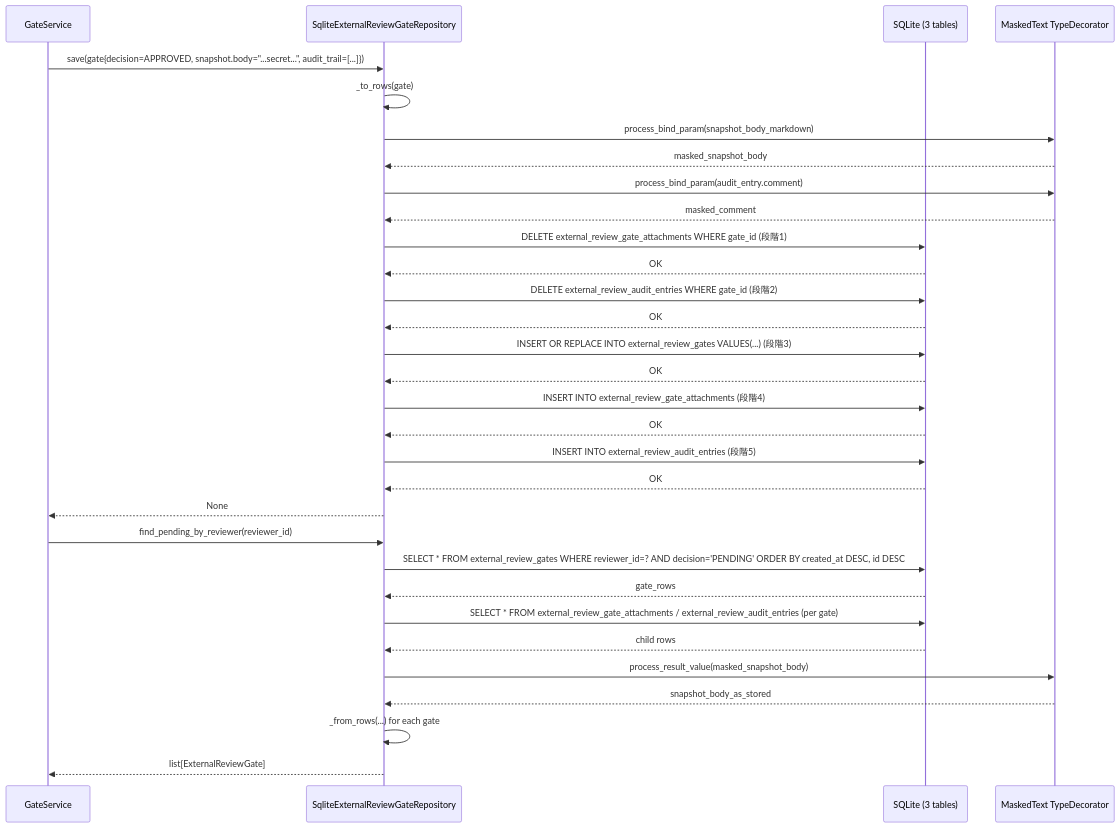
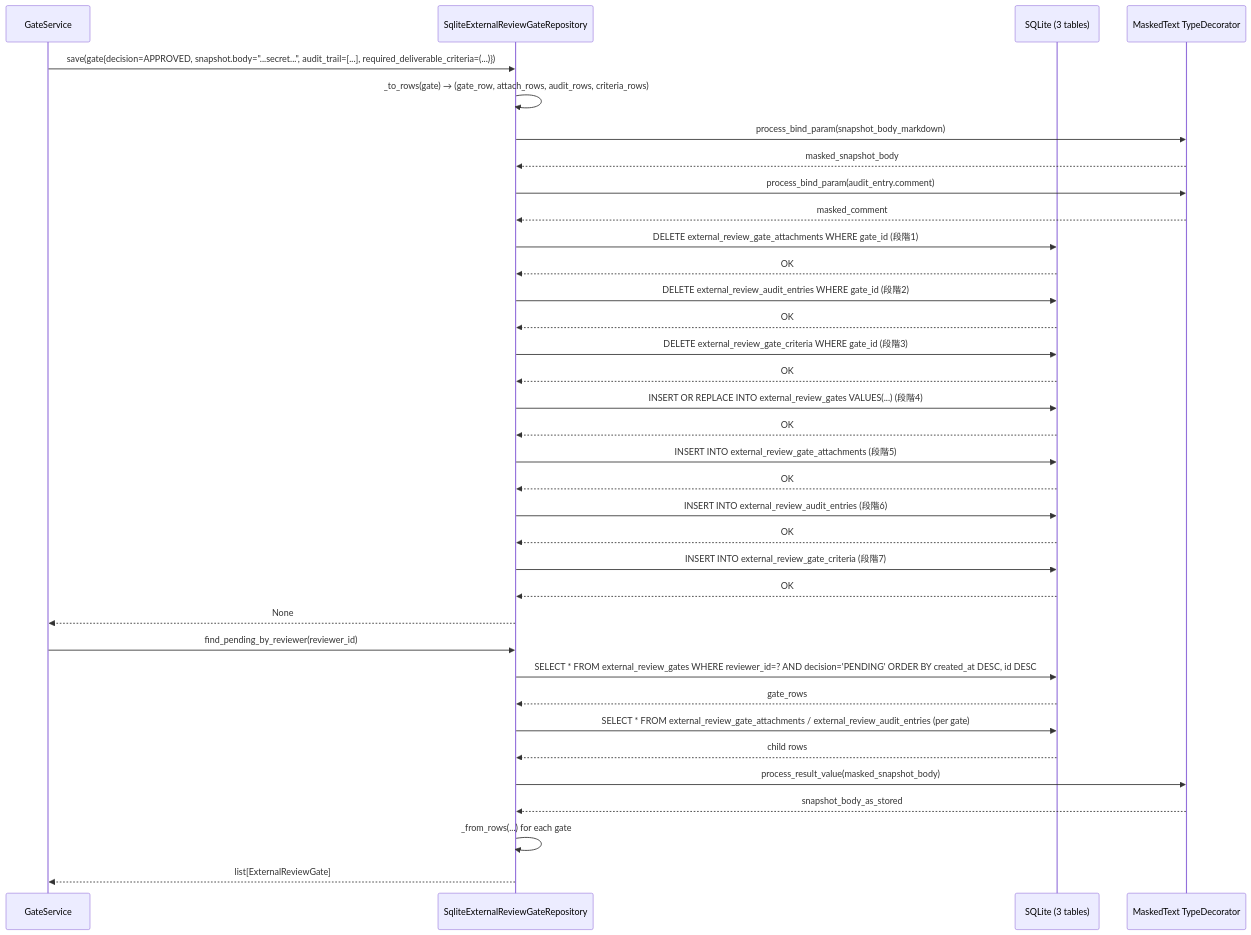
One commit to bakufu-dev/bakufu changed the second of 3 diagrams in docs/features/external-review-gate/repository/basic-design.md. Above: the diagram before and after it, drawn with Mermaid. The commit also changed other lines of this file and 9 other files, not shown here.

First line of the commit message:
docs(#121): ExternalReviewGate に required_deliverable_criteria snapshot を追加

````diff
--- a/docs/features/external-review-gate/repository/basic-design.md
+++ b/docs/features/external-review-gate/repository/basic-design.md
@@ -175,35 +180,39 @@
 ```mermaid
 sequenceDiagram
     participant App as GateService
     participant Repo as SqliteExternalReviewGateRepository
     participant DB as SQLite (3 tables)
     participant Masking as MaskedText TypeDecorator
 
-    App->>Repo: save(gate{decision=APPROVED, snapshot.body="...secret...", audit_trail=[...]})
-    Repo->>Repo: _to_rows(gate)
+    App->>Repo: save(gate{decision=APPROVED, snapshot.body="...secret...", audit_trail=[...], required_deliverable_criteria=(...)})
+    Repo->>Repo: _to_rows(gate) → (gate_row, attach_rows, audit_rows, criteria_rows)
     Repo->>Masking: process_bind_param(snapshot_body_markdown)
     Masking-->>Repo: masked_snapshot_body
     Repo->>Masking: process_bind_param(audit_entry.comment)
     Masking-->>Repo: masked_comment
     Repo->>DB: DELETE external_review_gate_attachments WHERE gate_id (段階1)
     DB-->>Repo: OK
     Repo->>DB: DELETE external_review_audit_entries WHERE gate_id (段階2)
     DB-->>Repo: OK
-    Repo->>DB: INSERT OR REPLACE INTO external_review_gates VALUES(...) (段階3)
+    Repo->>DB: DELETE external_review_gate_criteria WHERE gate_id (段階3)
     DB-->>Repo: OK
-    Repo->>DB: INSERT INTO external_review_gate_attachments (段階4)
+    Repo->>DB: INSERT OR REPLACE INTO external_review_gates VALUES(...) (段階4)
     DB-->>Repo: OK
-    Repo->>DB: INSERT INTO external_review_audit_entries (段階5)
+    Repo->>DB: INSERT INTO external_review_gate_attachments (段階5)
+    DB-->>Repo: OK
+    Repo->>DB: INSERT INTO external_review_audit_entries (段階6)
+    DB-->>Repo: OK
+    Repo->>DB: INSERT INTO external_review_gate_criteria (段階7)
     DB-->>Repo: OK
     Repo-->>App: None
 
     App->>Repo: find_pending_by_reviewer(reviewer_id)
     Repo->>DB: SELECT * FROM external_review_gates WHERE reviewer_id=? AND decision='PENDING' ORDER BY created_at DESC, id DESC
     DB-->>Repo: gate_rows
     Repo->>DB: SELECT * FROM external_review_gate_attachments / external_review_audit_entries (per gate)
     DB-->>Repo: child rows
     Repo->>Masking: process_result_value(masked_snapshot_body)
     Masking-->>Repo: snapshot_body_as_stored
     Repo->>Repo: _from_rows(...) for each gate
     Repo-->>App: list[ExternalReviewGate]
 ```
````
